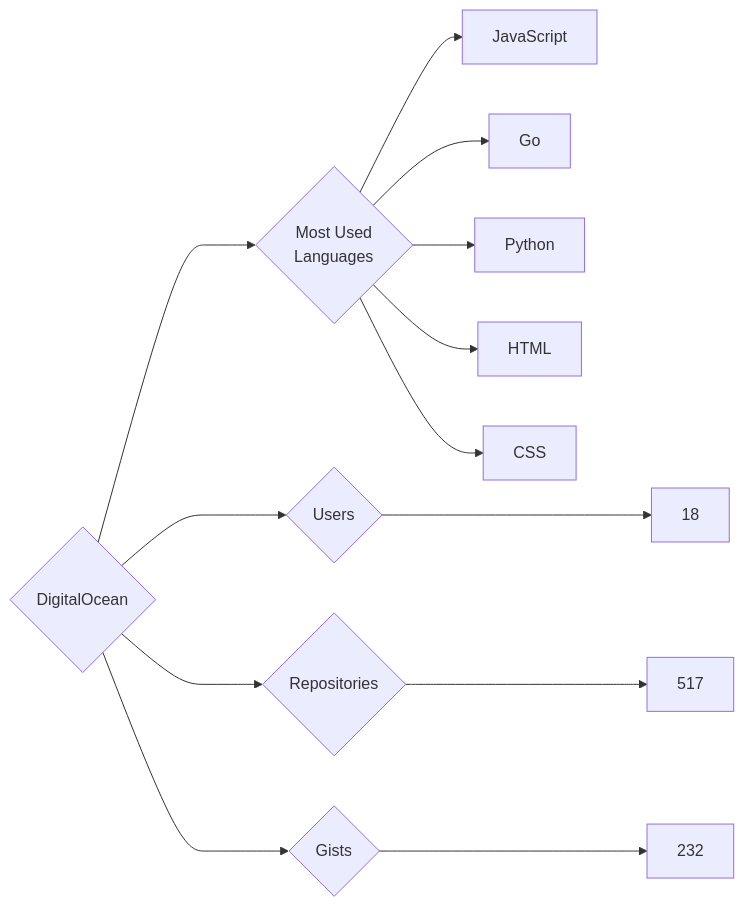
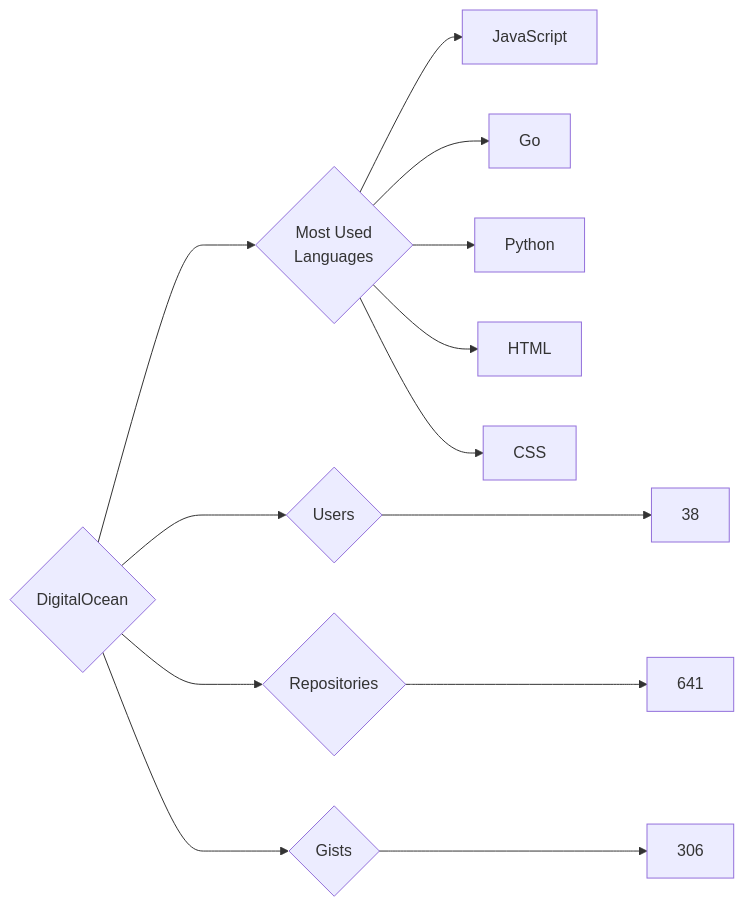
The diagram in targets/DigitalOcean/README.md (trickest/insiders), drawn with Mermaid before and after one commit. The commit also changed 721 other files, not shown here.

````diff
--- a/targets/DigitalOcean/README.md
+++ b/targets/DigitalOcean/README.md
@@ -3,13 +3,13 @@
 ```mermaid
 graph LR
 COMPANY_NAME{DigitalOcean}
-COMPANY_NAME ---> U{Users} ---> UN[18]
-COMPANY_NAME ---> R{Repositories} ---> RN[517]
-COMPANY_NAME ---> G{Gists} ---> GN[232]
+COMPANY_NAME ---> U{Users} ---> UN[38]
+COMPANY_NAME ---> R{Repositories} ---> RN[641]
+COMPANY_NAME ---> G{Gists} ---> GN[306]
 COMPANY_NAME ---> ML{Most Used<br>Languages}
 ML --> JavaScript[JavaScript]
 ML --> Go[Go]
 ML --> Python[Python]
 ML --> HTML[HTML]
 ML --> CSS[CSS]
 ```
````
